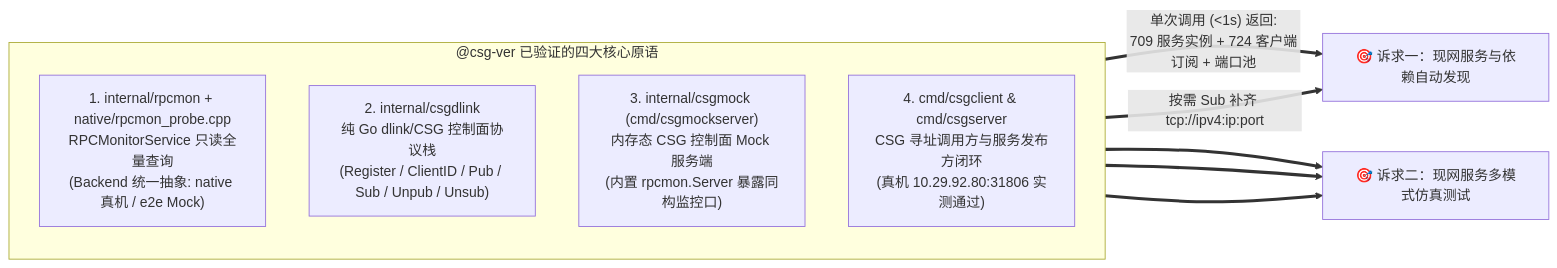
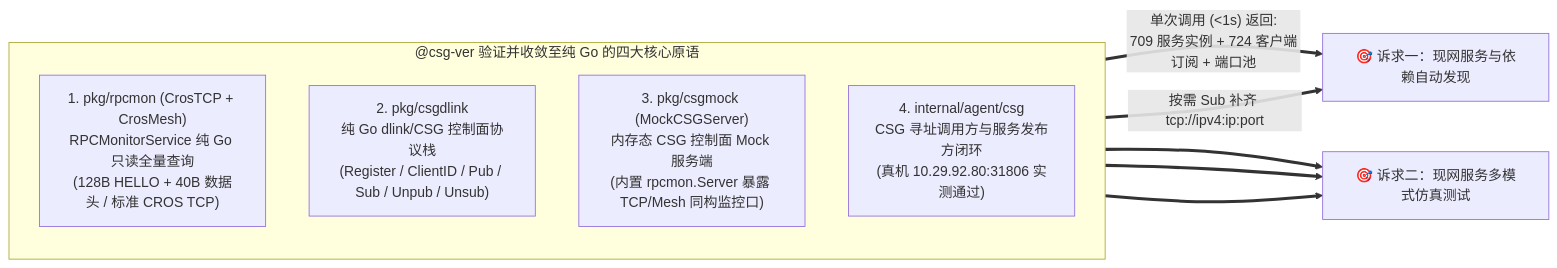
The first of 3 diagrams in docs/05-adr/21-csg-aware-agent-service-discovery-and-replay-mock-adr.md (fugui/code-contract), drawn with Mermaid before and after one commit. The commit also changed other lines of this file and 18 other files, not shown here.

Commit message:
fix(csg,docs): 修复 TCP->Mesh 监控发现回退逻辑并全面对齐纯 Go 架构文档

````diff
--- a/docs/05-adr/21-csg-aware-agent-service-discovery-and-replay-mock-adr.md
+++ b/docs/05-adr/21-csg-aware-agent-service-discovery-and-replay-mock-adr.md
@@ -55,16 +56,16 @@
 ```mermaid
 flowchart LR
-    subgraph CSGVer["@csg-ver 已验证的四大核心原语"]
+    subgraph CSGVer["@csg-ver 验证并收敛至纯 Go 的四大核心原语"]
         direction TB
-        P1["1. internal/rpcmon + native/rpcmon_probe.cpp<br/>RPCMonitorService 只读全量查询<br/>(Backend 统一抽象: native 真机 / e2e Mock)"]
-        P2["2. internal/csgdlink<br/>纯 Go dlink/CSG 控制面协议栈<br/>(Register / ClientID / Pub / Sub / Unpub / Unsub)"]
-        P3["3. internal/csgmock (cmd/csgmockserver)<br/>内存态 CSG 控制面 Mock 服务端<br/>(内置 rpcmon.Server 暴露同构监控口)"]
-        P4["4. cmd/csgclient & cmd/csgserver<br/>CSG 寻址调用方与服务发布方闭环<br/>(真机 10.29.92.80:31806 实测通过)"]
+        P1["1. pkg/rpcmon (CrosTCP + CrosMesh)<br/>RPCMonitorService 纯 Go 只读全量查询<br/>(128B HELLO + 40B 数据头 / 标准 CROS TCP)"]
+        P2["2. pkg/csgdlink<br/>纯 Go dlink/CSG 控制面协议栈<br/>(Register / ClientID / Pub / Sub / Unpub / Unsub)"]
+        P3["3. pkg/csgmock (MockCSGServer)<br/>内存态 CSG 控制面 Mock 服务端<br/>(内置 rpcmon.Server 暴露 TCP/Mesh 同构监控口)"]
+        P4["4. internal/agent/csg<br/>CSG 寻址调用方与服务发布方闭环<br/>(真机 10.29.92.80:31806 实测通过)"]
     end
 
     P1 ==>|"单次调用 (<1s) 返回:<br/>709 服务实例 + 724 客户端订阅 + 端口池"| Goal1["🎯 诉求一：现网服务与依赖自动发现"]
     P2 ==>|"按需 Sub 补齐 tcp://ipv4:ip:port"| Goal1
     P2 ==> Goal2["🎯 诉求二：现网服务多模式仿真测试"]
     P3 ==> Goal2
     P4 ==> Goal2
 ```
````
